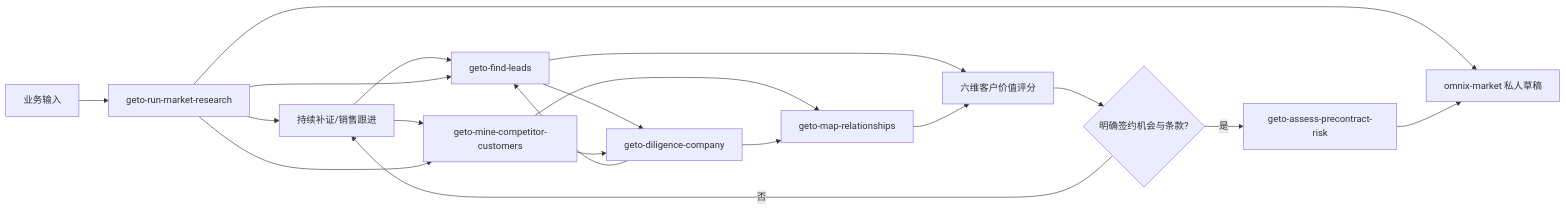
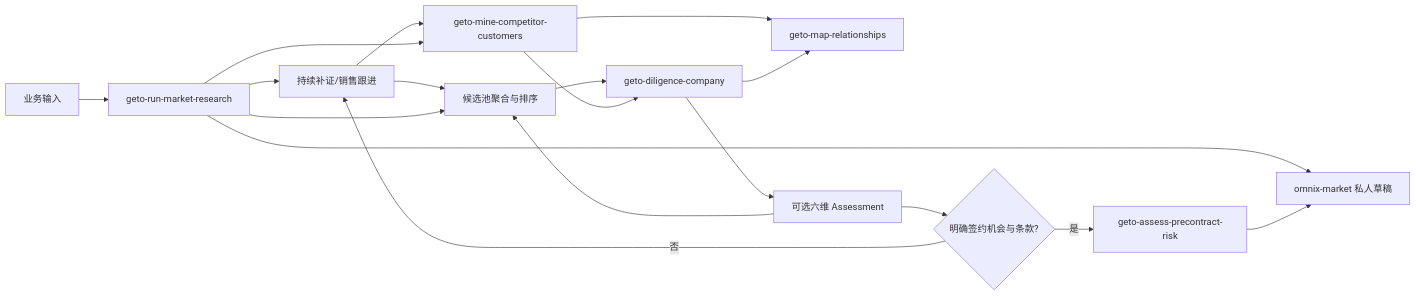
The diagram in skills/geto-run-market-research/references/orchestration.md (Geto-distributor/geto-overseas-outreach-skills), drawn with Mermaid before and after one commit. The commit also changed other lines of this file and 18 other files, not shown here.

```diff
--- a/skills/geto-run-market-research/references/orchestration.md
+++ b/skills/geto-run-market-research/references/orchestration.md
@@ -5,21 +5,20 @@
 ~~~mermaid
 flowchart LR
   U["业务输入"] --> O["geto-run-market-research"]
   O --> F["geto-capability-foundation"]
   F --> L["geto-find-leads"]
   F --> C["geto-mine-competitor-customers"]
   O --> L["geto-find-leads"]
   O --> C["geto-mine-competitor-customers"]
   L --> D["geto-diligence-company"]
   C --> D
   C --> R["geto-map-relationships"]
-  D --> L
+  D --> A["可选六维 Assessment"]
   D --> R
-  L --> A["六维客户价值评分"]
-  R --> A
+  A --> L["候选池聚合与排序"]
   A --> P{"明确签约机会与条款?"}
   P -->|是| K["geto-assess-precontract-risk"]
   P -->|否| F["持续补证/销售跟进"]
   O --> M["omnix-market 私人草稿"]
   K --> M
 ~~~
```
